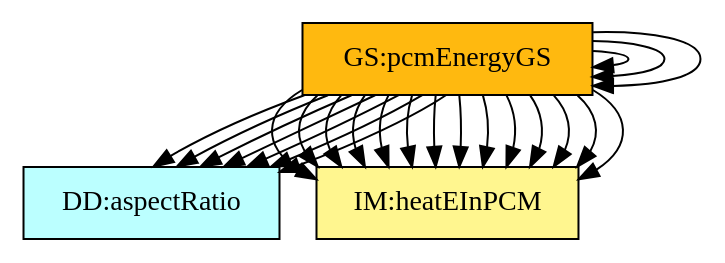
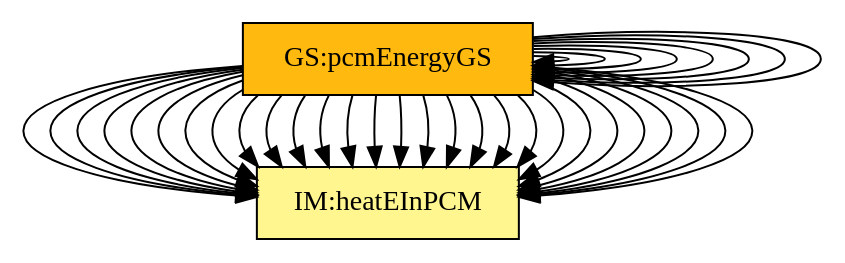
One commit to JacquesCarette/Drasil changed the diagram in code/stable/swhs/TraceyGraph/allvsr.dot. Above: the diagram before and after it, drawn with Graphviz. The commit also changed 88 other files, not shown here.

Commit message:
Stabilizing to figure out where things are going awry

```diff
--- a/code/stable/swhs/TraceyGraph/allvsr.dot
+++ b/code/stable/swhs/TraceyGraph/allvsr.dot
@@ -1,129 +1,115 @@
 digraph allvsr {
-	instance:findMass -> dataDefn:wMass;
-	instance:findMass -> dataDefn:wVol;
-	instance:findMass -> dataDefn:tankVol;
 	instance:findMass -> theory:eBalanceOnWtrRC;
 	instance:findMass -> theory:eBalanceOnPCMRC;
 	instance:findMass -> theory:heatEInWtrIM;
 	instance:findMass -> theory:heatEInPCMRC;
 	instance:findMass -> instance:inputValues;
-	instance:outputInputDerivVals -> dataDefn:tauW;
-	instance:outputInputDerivVals -> dataDefn:eta;
-	instance:outputInputDerivVals -> dataDefn:tauSP;
-	instance:outputInputDerivVals -> dataDefn:tauLP;
+	instance:outputInputDerivVals -> instance:findMass;
+	instance:outputInputDerivVals -> instance:inputValues;
+	instance:outputInputDerivVals -> instance:findMass;
+	instance:calcValues -> theory:eBalanceOnWtrRC;
+	instance:calcValues -> theory:eBalanceOnPCMRC;
+	instance:calcValues -> theory:heatEInWtrIM;
+	instance:calcValues -> theory:heatEInPCMRC;
+	instance:calcPCMMeltBegin -> theory:eBalanceOnPCMRC;
+	instance:calcPCMMeltEnd -> theory:eBalanceOnPCMRC;
+	instance:outputValues -> theory:eBalanceOnWtrRC;
+	instance:outputValues -> theory:eBalanceOnPCMRC;
+	instance:outputValues -> theory:heatEInWtrIM;
+	instance:outputValues -> theory:heatEInPCMRC;
+	instance:findMass -> theory:eBalanceOnWtrRC;
+	instance:findMass -> theory:eBalanceOnPCMRC;
+	instance:findMass -> theory:heatEInWtrIM;
+	instance:findMass -> theory:heatEInPCMRC;
+	instance:findMass -> instance:inputValues;
+	instance:outputInputDerivVals -> instance:findMass;
 	instance:outputInputDerivVals -> instance:inputValues;
 	instance:outputInputDerivVals -> instance:findMass;
 	instance:calcValues -> theory:eBalanceOnWtrRC;
 	instance:calcValues -> theory:eBalanceOnPCMRC;
 	instance:calcValues -> theory:heatEInWtrIM;
 	instance:calcValues -> theory:heatEInPCMRC;
 	instance:calcPCMMeltBegin -> theory:eBalanceOnPCMRC;
 	instance:calcPCMMeltEnd -> theory:eBalanceOnPCMRC;
 	instance:outputValues -> theory:eBalanceOnWtrRC;
 	instance:outputValues -> theory:eBalanceOnPCMRC;
 	instance:outputValues -> theory:heatEInWtrIM;
 	instance:outputValues -> theory:heatEInPCMRC;
 
 
 	instance:assumpTEO	[shape=box, color=black, style=filled, fillcolor=mistyrose, label="A:assumpTEO"];
 	instance:assumpHTCC	[shape=box, color=black, style=filled, fillcolor=mistyrose, label="A:assumpHTCC"];
 	instance:assumpCWTAT	[shape=box, color=black, style=filled, fillcolor=mistyrose, label="A:assumpCWTAT"];
 	instance:assumpTPCAV	[shape=box, color=black, style=filled, fillcolor=mistyrose, label="A:assumpTPCAV"];
 	instance:assumpDWPCoV	[shape=box, color=black, style=filled, fillcolor=mistyrose, label="A:assumpDWPCoV"];
 	instance:assumpSHECov	[shape=box, color=black, style=filled, fillcolor=mistyrose, label="A:assumpSHECov"];
 	instance:assumpLCCCW	[shape=box, color=black, style=filled, fillcolor=mistyrose, label="A:assumpLCCCW"];
 	instance:assumpTHCCoT	[shape=box, color=black, style=filled, fillcolor=mistyrose, label="A:assumpTHCCoT"];
 	instance:assumpTHCCoL	[shape=box, color=black, style=filled, fillcolor=mistyrose, label="A:assumpTHCCoL"];
 	instance:assumpLCCWP	[shape=box, color=black, style=filled, fillcolor=mistyrose, label="A:assumpLCCWP"];
 	instance:assumpCTNOD	[shape=box, color=black, style=filled, fillcolor=mistyrose, label="A:assumpCTNOD"];
 	instance:assumpSITWP	[shape=box, color=black, style=filled, fillcolor=mistyrose, label="A:assumpSITWP"];
 	instance:assumpPIS	[shape=box, color=black, style=filled, fillcolor=mistyrose, label="A:assumpPIS"];
 	instance:assumpWAL	[shape=box, color=black, style=filled, fillcolor=mistyrose, label="A:assumpWAL"];
 	instance:assumpPIT	[shape=box, color=black, style=filled, fillcolor=mistyrose, label="A:assumpPIT"];
 	instance:assumpNIHGBWP	[shape=box, color=black, style=filled, fillcolor=mistyrose, label="A:assumpNIHGBWP"];
 	instance:assumpVCMPN	[shape=box, color=black, style=filled, fillcolor=mistyrose, label="A:assumpVCMPN"];
 	instance:assumpNGSP	[shape=box, color=black, style=filled, fillcolor=mistyrose, label="A:assumpNGSP"];
 	instance:assumpAPT	[shape=box, color=black, style=filled, fillcolor=mistyrose, label="A:assumpAPT"];
 	instance:assumpVCN	[shape=box, color=black, style=filled, fillcolor=mistyrose, label="A:assumpVCN"];
 
 	subgraph A {
 	rank="same"
 	{instance:assumpTEO, instance:assumpHTCC, instance:assumpCWTAT, instance:assumpTPCAV, instance:assumpDWPCoV, instance:assumpSHECov, instance:assumpLCCCW, instance:assumpTHCCoT, instance:assumpTHCCoL, instance:assumpLCCWP, instance:assumpCTNOD, instance:assumpSITWP, instance:assumpPIS, instance:assumpWAL, instance:assumpPIT, instance:assumpNIHGBWP, instance:assumpVCMPN, instance:assumpNGSP, instance:assumpAPT, instance:assumpVCN}
 	}
 
-	dataDefn:wMass	[shape=box, color=black, style=filled, fillcolor=paleturquoise1, label="DD:waterMass"];
-	dataDefn:wVol	[shape=box, color=black, style=filled, fillcolor=paleturquoise1, label="DD:waterVolume.pcm"];
-	dataDefn:tankVol	[shape=box, color=black, style=filled, fillcolor=paleturquoise1, label="DD:tankVolume"];
-	dataDefn:tauW	[shape=box, color=black, style=filled, fillcolor=paleturquoise1, label="DD:balanceDecayRate"];
-	dataDefn:eta	[shape=box, color=black, style=filled, fillcolor=paleturquoise1, label="DD:balanceDecayTime"];
-	dataDefn:tauSP	[shape=box, color=black, style=filled, fillcolor=paleturquoise1, label="DD:balanceSolidPCM"];
-	dataDefn:tauLP	[shape=box, color=black, style=filled, fillcolor=paleturquoise1, label="DD:balanceLiquidPCM"];
-	dataDefn:htFusion	[shape=box, color=black, style=filled, fillcolor=paleturquoise1, label="DD:htFusion"];
-	dataDefn:meltFrac	[shape=box, color=black, style=filled, fillcolor=paleturquoise1, label="DD:meltFrac"];
-	dataDefn:aspectRatio	[shape=box, color=black, style=filled, fillcolor=paleturquoise1, label="DD:aspectRatio"];
-
-	subgraph DD {
-	rank="same"
-	{dataDefn:wMass, dataDefn:wVol, dataDefn:tankVol, dataDefn:tauW, dataDefn:eta, dataDefn:tauSP, dataDefn:tauLP, dataDefn:htFusion, dataDefn:meltFrac, dataDefn:aspectRatio}
-	}
-
 	theory:consThermECS	[shape=box, color=black, style=filled, fillcolor=pink, label="TM:consThermE"];
 	theory:sensHeat	[shape=box, color=black, style=filled, fillcolor=pink, label="TM:sensHtE"];
 	theory:latentHtETM	[shape=box, color=black, style=filled, fillcolor=pink, label="TM:latentHtE"];
 	theory:nwtnCoolingTM	[shape=box, color=black, style=filled, fillcolor=pink, label="TM:nwtnCooling"];
-
-	subgraph TM {
-	rank="same"
-	{theory:consThermECS, theory:sensHeat, theory:latentHtETM, theory:nwtnCoolingTM}
-	}
-
 	theory:rocTempSimpRC	[shape=box, color=black, style=filled, fillcolor=palegreen, label="GD:rocTempSimp"];
 	theory:htFluxC	[shape=box, color=black, style=filled, fillcolor=palegreen, label="GD:htFluxWaterFromCoil"];
 	theory:htFluxP	[shape=box, color=black, style=filled, fillcolor=palegreen, label="GD:htFluxPCMFromWater"];
-
-	subgraph GD {
-	rank="same"
-	{theory:rocTempSimpRC, theory:htFluxC, theory:htFluxP}
-	}
-
 	theory:eBalanceOnWtrRC	[shape=box, color=black, style=filled, fillcolor=khaki1, label="IM:eBalanceOnWtr"];
 	theory:eBalanceOnPCMRC	[shape=box, color=black, style=filled, fillcolor=khaki1, label="IM:eBalanceOnPCM"];
 	theory:heatEInWtrIM	[shape=box, color=black, style=filled, fillcolor=khaki1, label="IM:heatEInWtr"];
 	theory:heatEInPCMRC	[shape=box, color=black, style=filled, fillcolor=khaki1, label="IM:heatEInPCM"];
-
-	subgraph IM {
-	rank="same"
-	{theory:eBalanceOnWtrRC, theory:eBalanceOnPCMRC, theory:heatEInWtrIM, theory:heatEInPCMRC}
-	}
-
-	instance:inputValues	[shape=box, color=black, style=filled, fillcolor=ivory, label="FR:inputValues"];
 	instance:findMass	[shape=box, color=black, style=filled, fillcolor=ivory, label="FR:findMass"];
 	instance:checkWithPhysConsts	[shape=box, color=black, style=filled, fillcolor=ivory, label="FR:checkWithPhysConsts"];
 	instance:outputInputDerivVals	[shape=box, color=black, style=filled, fillcolor=ivory, label="FR:outputInputDerivVals"];
 	instance:calcValues	[shape=box, color=black, style=filled, fillcolor=ivory, label="FR:calcValues"];
 	instance:verifyEnergyOutput	[shape=box, color=black, style=filled, fillcolor=ivory, label="FR:verifyEnergyOutput"];
 	instance:calcPCMMeltBegin	[shape=box, color=black, style=filled, fillcolor=ivory, label="FR:calcPCMMeltBegin"];
 	instance:calcPCMMeltEnd	[shape=box, color=black, style=filled, fillcolor=ivory, label="FR:calcPCMMeltEnd"];
 	instance:outputValues	[shape=box, color=black, style=filled, fillcolor=ivory, label="FR:outputValues"];
 	instance:correct	[shape=box, color=black, style=filled, fillcolor=ivory, label="NFR:correct"];
 	instance:verifiable	[shape=box, color=black, style=filled, fillcolor=ivory, label="NFR:verifiable"];
 	instance:understandable	[shape=box, color=black, style=filled, fillcolor=ivory, label="NFR:understandable"];
 	instance:reusable	[shape=box, color=black, style=filled, fillcolor=ivory, label="NFR:reusable"];
 	instance:maintainable	[shape=box, color=black, style=filled, fillcolor=ivory, label="NFR:maintainable"];
+	instance:inputValues	[shape=box, color=black, style=filled, fillcolor=ivory, label="FR:inputValues"];
+	instance:findMass	[shape=box, color=black, style=filled, fillcolor=ivory, label="FR:findMass"];
+	instance:checkWithPhysConsts	[shape=box, color=black, style=filled, fillcolor=ivory, label="FR:checkWithPhysConsts"];
+	instance:outputInputDerivVals	[shape=box, color=black, style=filled, fillcolor=ivory, label="FR:outputInputDerivVals"];
+	instance:calcValues	[shape=box, color=black, style=filled, fillcolor=ivory, label="FR:calcValues"];
+	instance:verifyEnergyOutput	[shape=box, color=black, style=filled, fillcolor=ivory, label="FR:verifyEnergyOutput"];
+	instance:calcPCMMeltBegin	[shape=box, color=black, style=filled, fillcolor=ivory, label="FR:calcPCMMeltBegin"];
+	instance:calcPCMMeltEnd	[shape=box, color=black, style=filled, fillcolor=ivory, label="FR:calcPCMMeltEnd"];
+	instance:outputValues	[shape=box, color=black, style=filled, fillcolor=ivory, label="FR:outputValues"];
 
 	subgraph FR {
 	rank="same"
-	{instance:inputValues, instance:findMass, instance:checkWithPhysConsts, instance:outputInputDerivVals, instance:calcValues, instance:verifyEnergyOutput, instance:calcPCMMeltBegin, instance:calcPCMMeltEnd, instance:outputValues, instance:correct, instance:verifiable, instance:understandable, instance:reusable, instance:maintainable}
+	{instance:findMass, instance:checkWithPhysConsts, instance:outputInputDerivVals, instance:calcValues, instance:verifyEnergyOutput, instance:calcPCMMeltBegin, instance:calcPCMMeltEnd, instance:outputValues, instance:correct, instance:verifiable, instance:understandable, instance:reusable, instance:maintainable, instance:inputValues, instance:findMass, instance:checkWithPhysConsts, instance:outputInputDerivVals, instance:calcValues, instance:verifyEnergyOutput, instance:calcPCMMeltBegin, instance:calcPCMMeltEnd, instance:outputValues}
 	}
 
 	instance:waterTempGS	[shape=box, color=black, style=filled, fillcolor=darkgoldenrod1, label="GS:waterTempGS"];
 	instance:pcmTempGS	[shape=box, color=black, style=filled, fillcolor=darkgoldenrod1, label="GS:pcmTempGS"];
 	instance:waterEnergyGS	[shape=box, color=black, style=filled, fillcolor=darkgoldenrod1, label="GS:waterEnergyGS"];
 	instance:pcmEnergyGS	[shape=box, color=black, style=filled, fillcolor=darkgoldenrod1, label="GS:pcmEnergyGS"];
 
 	subgraph GS {
 	rank="same"
 	{instance:waterTempGS, instance:pcmTempGS, instance:waterEnergyGS, instance:pcmEnergyGS}
 	}
 
 }
```
